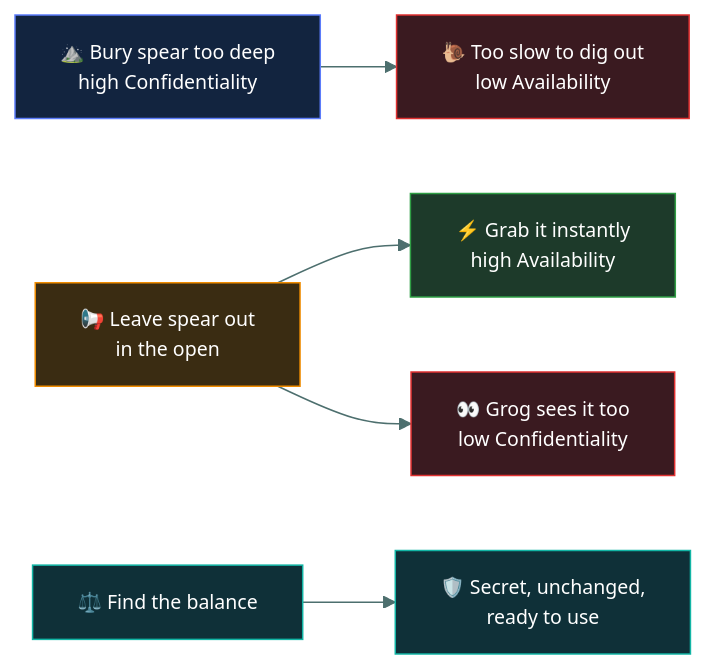
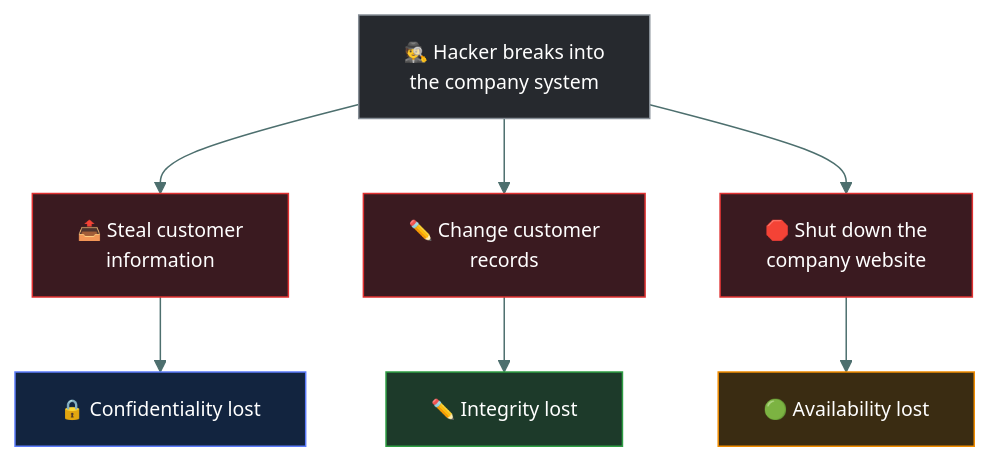
Before and after one commit to tarunTejaDesireddy/cc-exam-prep: the third of 3 diagrams in 01-security-principles/cia-triad/README.md, drawn with Mermaid. The commit also changed other lines of this file, not shown here.

````diff
--- a/01-security-principles/cia-triad/README.md
+++ b/01-security-principles/cia-triad/README.md
@@ -108,16 +336,19 @@
 ```mermaid
 %%{init: {'theme':'base','themeVariables':{'fontFamily':'Segoe UI, Helvetica Neue, Arial, sans-serif','fontSize':'13px','lineColor':'#4d6f6e','textColor':'#dbe7e6'}}}%%
-flowchart LR
-    DEEP["⛰️ Bury spear too deep<br/>high Confidentiality"] --> SLOW["🐌 Too slow to dig out<br/>low Availability"]
-    OPEN["📢 Leave spear out<br/>in the open"] --> FAST["⚡ Grab it instantly<br/>high Availability"]
-    OPEN --> SEEN["👀 Grog sees it too<br/>low Confidentiality"]
-    BAL["⚖️ Find the balance"] --> GOOD["🛡️ Secret, unchanged,<br/>ready to use"]
+flowchart TD
+    H["🕵️ Hacker breaks into<br/>the company system"]
+    H --> S1["📤 Steal customer<br/>information"]
+    H --> S2["✏️ Change customer<br/>records"]
+    H --> S3["🛑 Shut down the<br/>company website"]
+    S1 --> C["🔒 Confidentiality lost"]
+    S2 --> I["✏️ Integrity lost"]
+    S3 --> A["🟢 Availability lost"]
 
-    style DEEP fill:#12243f,stroke:#5C7CFA,color:#fff
-    style SLOW fill:#3a1a20,stroke:#E03131,color:#fff
-    style OPEN fill:#3a2c12,stroke:#F08C00,color:#fff
-    style FAST fill:#1d3a2a,stroke:#2F9E44,color:#fff
-    style SEEN fill:#3a1a20,stroke:#E03131,color:#fff
-    style BAL fill:#0f3038,stroke:#12B5A5,color:#fff
-    style GOOD fill:#0f3038,stroke:#12B5A5,color:#fff
+    style H fill:#26292e,stroke:#868E96,color:#fff
+    style S1 fill:#3a1a20,stroke:#E03131,color:#fff
+    style S2 fill:#3a1a20,stroke:#E03131,color:#fff
+    style S3 fill:#3a1a20,stroke:#E03131,color:#fff
+    style C fill:#12243f,stroke:#5C7CFA,color:#fff
+    style I fill:#1d3a2a,stroke:#2F9E44,color:#fff
+    style A fill:#3a2c12,stroke:#F08C00,color:#fff
 ```
````
